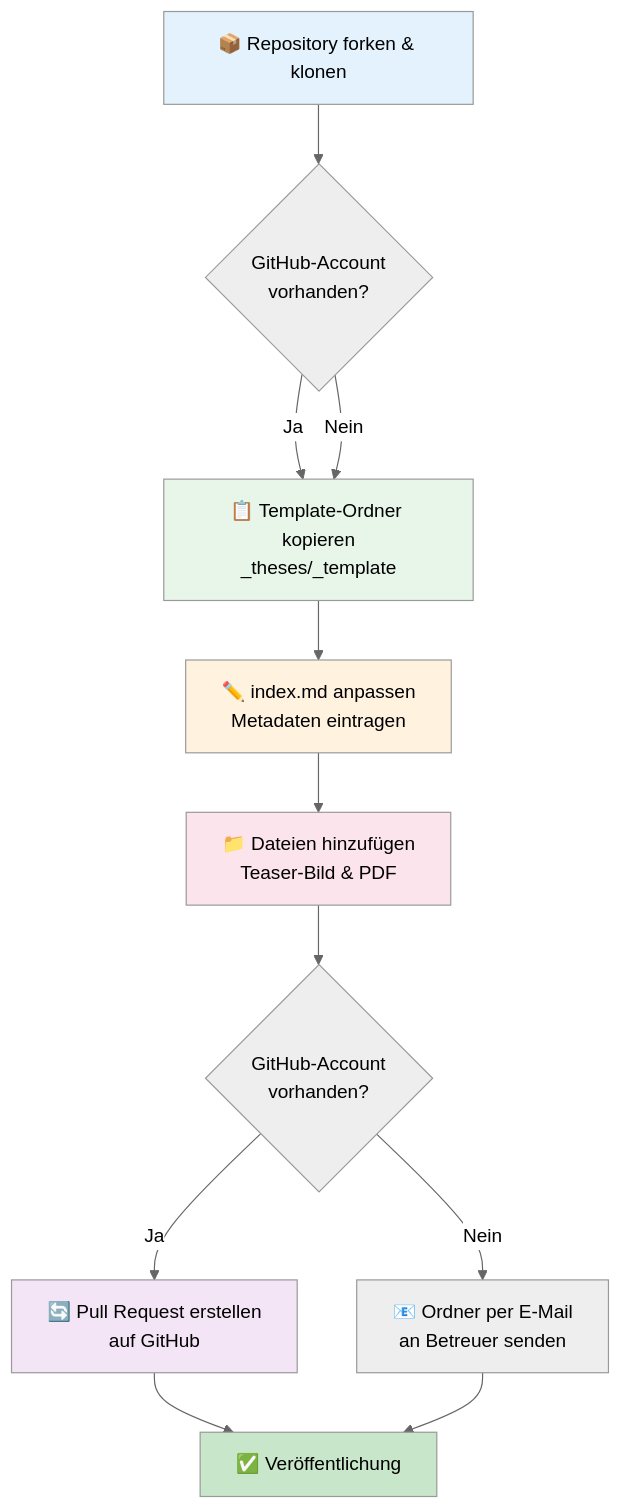
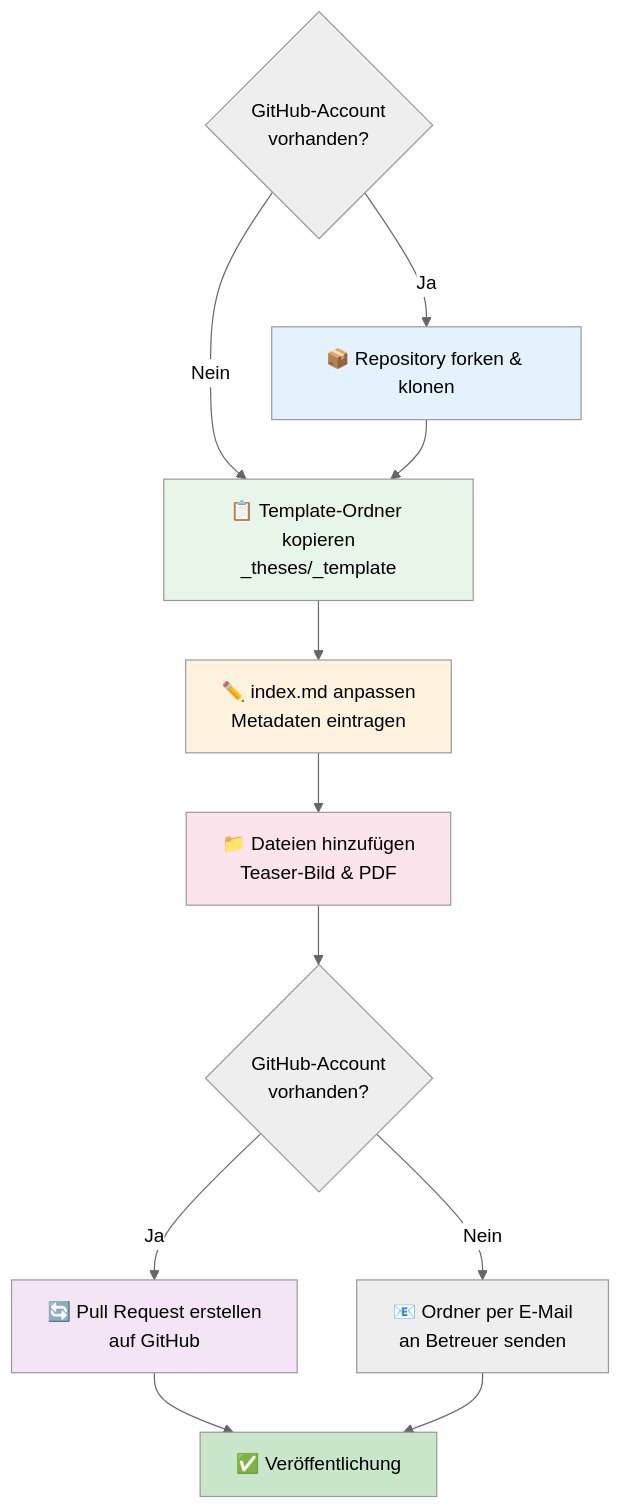
The diagram in README.md (th-koeln/mi-bachelor-abschlussarbeiten), drawn with Mermaid (neutral theme) before and after one commit.

Commit message:
docs: update flowchart for thesis submission process to clarify GitHub account requirement

````diff
--- a/README.md
+++ b/README.md
@@ -9,20 +9,20 @@
 ```mermaid
 flowchart TD
-    A[📦 Repository forken & klonen] --> B{GitHub-Account<br/>vorhanden?}
-    B -->|Ja| C[📋 Template-Ordner kopieren<br/>_theses/_template]
-    B -->|Nein| C
+    A{GitHub-Account<br/>vorhanden?} --> |Ja| B[📦 Repository forken & klonen]
+    A -->|Nein| C[📋 Template-Ordner kopieren<br/>_theses/_template]
+    B --> C
     C --> D[✏️ index.md anpassen<br/>Metadaten eintragen]
     D --> E[📁 Dateien hinzufügen<br/>Teaser-Bild & PDF]
     E --> F{GitHub-Account<br/>vorhanden?}
     F -->|Ja| G[🔄 Pull Request erstellen<br/>auf GitHub]
     F -->|Nein| H[📧 Ordner per E-Mail<br/>an Betreuer senden]
     G --> I[✅ Veröffentlichung]
     H --> I
     
-    style A fill:#e3f2fd
+    style B fill:#e3f2fd
     style C fill:#e8f5e9
     style D fill:#fff3e0
     style E fill:#fce4ec
     style G fill:#f3e5f5
     style I fill:#c8e6c9
 ```
````
